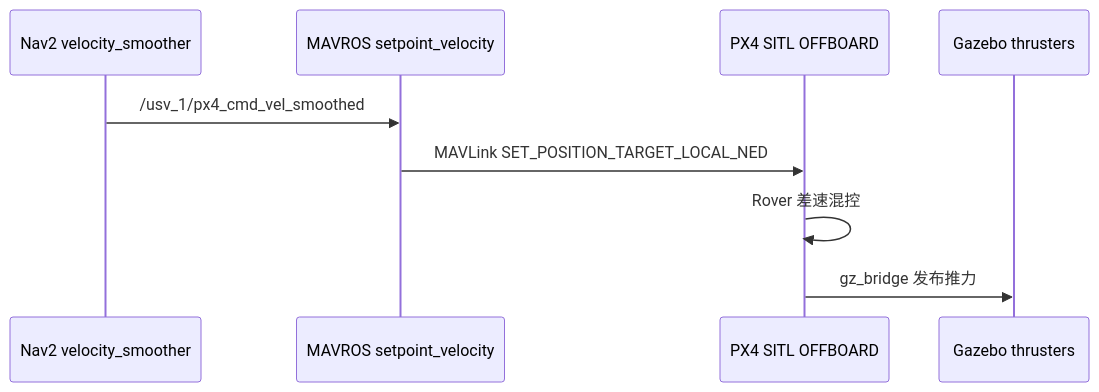
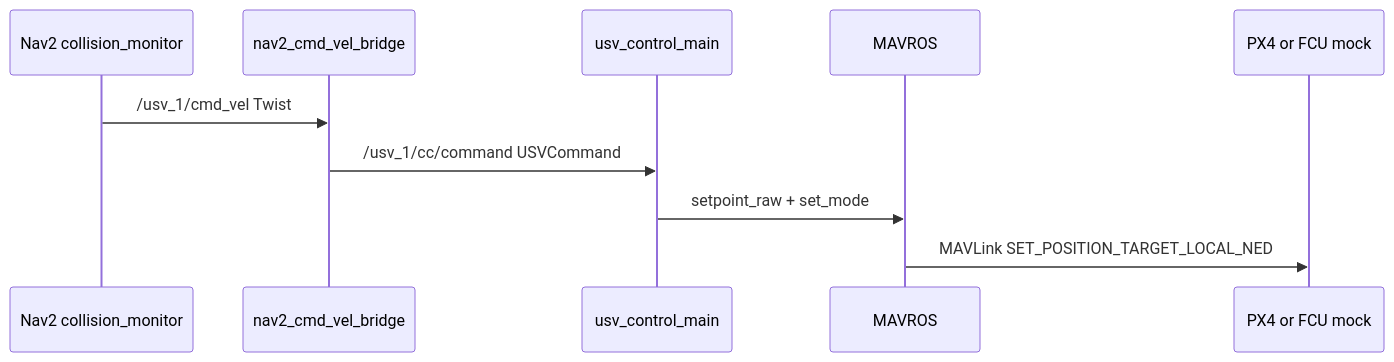
Before and after one commit to CCZH-Vessel-Algor-Team/USV_Simulation: the ninth of 11 diagrams in usv_sim_full/docs/nav2_sim_three_vision_mmwave_architecture.md, drawn with Mermaid. The commit also changed other lines of this file, not shown here.

Commit message:
docs(usv_sim_full): document control_backend in architecture report

````diff
--- a/usv_sim_full/docs/nav2_sim_three_vision_mmwave_architecture.md
+++ b/usv_sim_full/docs/nav2_sim_three_vision_mmwave_architecture.md
@@ -673,12 +681,13 @@
 ```mermaid
 sequenceDiagram
-    participant NAV as Nav2 velocity_smoother
-    participant MAV as MAVROS setpoint_velocity
-    participant PX4 as PX4 SITL OFFBOARD
-    participant GZ as Gazebo thrusters
+    participant NAV as Nav2 collision_monitor
+    participant BR as nav2_cmd_vel_bridge
+    participant CTRL as usv_control_main
+    participant MAV as MAVROS
+    participant PX4 as PX4 or FCU mock
 
-    NAV->>MAV: /usv_1/px4_cmd_vel_smoothed
+    NAV->>BR: /usv_1/cmd_vel Twist
+    BR->>CTRL: /usv_1/cc/command USVCommand
+    CTRL->>MAV: setpoint_raw + set_mode
     MAV->>PX4: MAVLink SET_POSITION_TARGET_LOCAL_NED
-    PX4->>PX4: Rover 差速混控
-    PX4->>GZ: gz_bridge 发布推力
 ```
````
